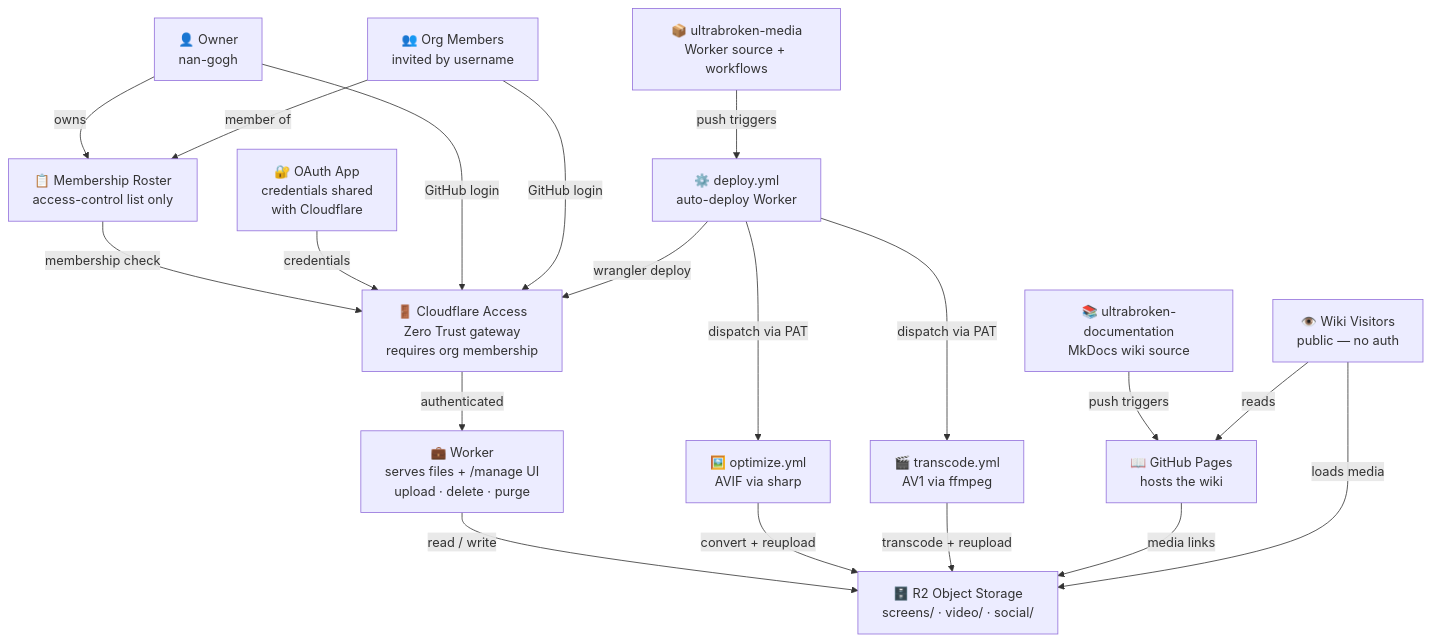
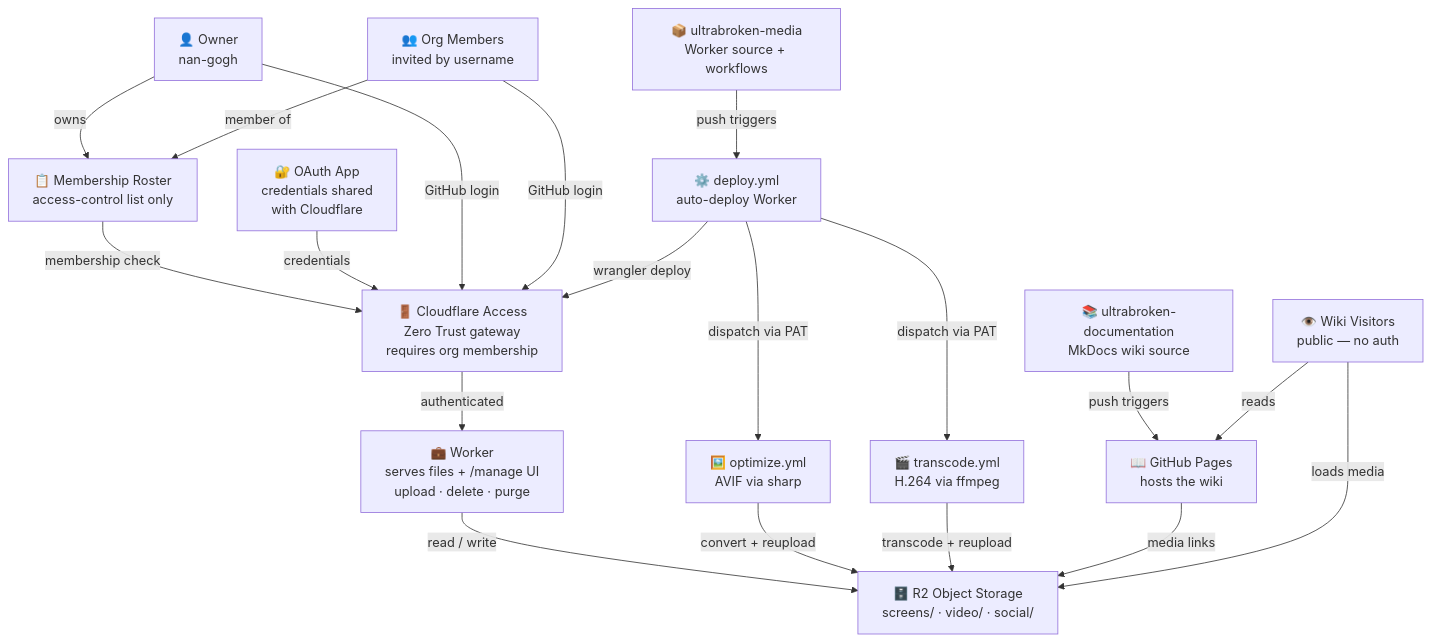
The diagram in docs/wiki/about.md (BKMzero/ultrabroken-documentation), drawn with Mermaid before and after one commit. The commit also changed 1 other file, not shown here.

Commit message:
fix: update video encoding format from AV1 to H.264 in documentation

````diff
--- a/docs/wiki/about.md
+++ b/docs/wiki/about.md
@@ -39,40 +39,40 @@
 ```mermaid viewer
 graph TD
     OWNER["👤 Owner<br/>nan-gogh"]
     MEMBERS["👥 Org Members<br/>invited by username"]
     ORG["📋 Membership Roster<br/>access-control list only"]
     OAUTH["🔐 OAuth App<br/>credentials shared<br/>with Cloudflare"]
     
     MEDIA_REPO["📦 ultrabroken-media<br/>Worker source + workflows"]
     WIKI_REPO["📚 ultrabroken-documentation<br/>MkDocs wiki source"]
     DEPLOY["⚙️ deploy.yml<br/>auto-deploy Worker"]
     OPTIMIZE["🖼️ optimize.yml<br/>AVIF via sharp"]
-    TRANSCODE["🎬 transcode.yml<br/>AV1 via ffmpeg"]
+    TRANSCODE["🎬 transcode.yml<br/>H.264 via ffmpeg"]
     
     ACCESS["🚪 Cloudflare Access<br/>Zero Trust gateway<br/>requires org membership"]
     WORKER["💼 Worker<br/>serves files + /manage UI<br/>upload · delete · purge"]
     R2["🗄️ R2 Object Storage<br/>screens/ · video/ · social/"]
     PAGES["📖 GitHub Pages<br/>hosts the wiki"]
     VISITOR["👁️ Wiki Visitors<br/>public — no auth"]
     
     OWNER -->|owns| ORG
     MEMBERS -->|member of| ORG
     ORG -->|membership check| ACCESS
     OAUTH -->|credentials| ACCESS
     OWNER -->|GitHub login| ACCESS
     MEMBERS -->|GitHub login| ACCESS
     ACCESS -->|authenticated| WORKER
     WORKER -->|read / write| R2
     
     MEDIA_REPO -->|push triggers| DEPLOY
     DEPLOY -->|wrangler deploy| ACCESS
     DEPLOY -->|dispatch via PAT| OPTIMIZE
     DEPLOY -->|dispatch via PAT| TRANSCODE
     OPTIMIZE -->|convert + reupload| R2
     TRANSCODE -->|transcode + reupload| R2
     
     WIKI_REPO -->|push triggers| PAGES
     PAGES -->|media links| R2
     VISITOR -->|reads| PAGES
     VISITOR -->|loads media| R2
 ```
````
